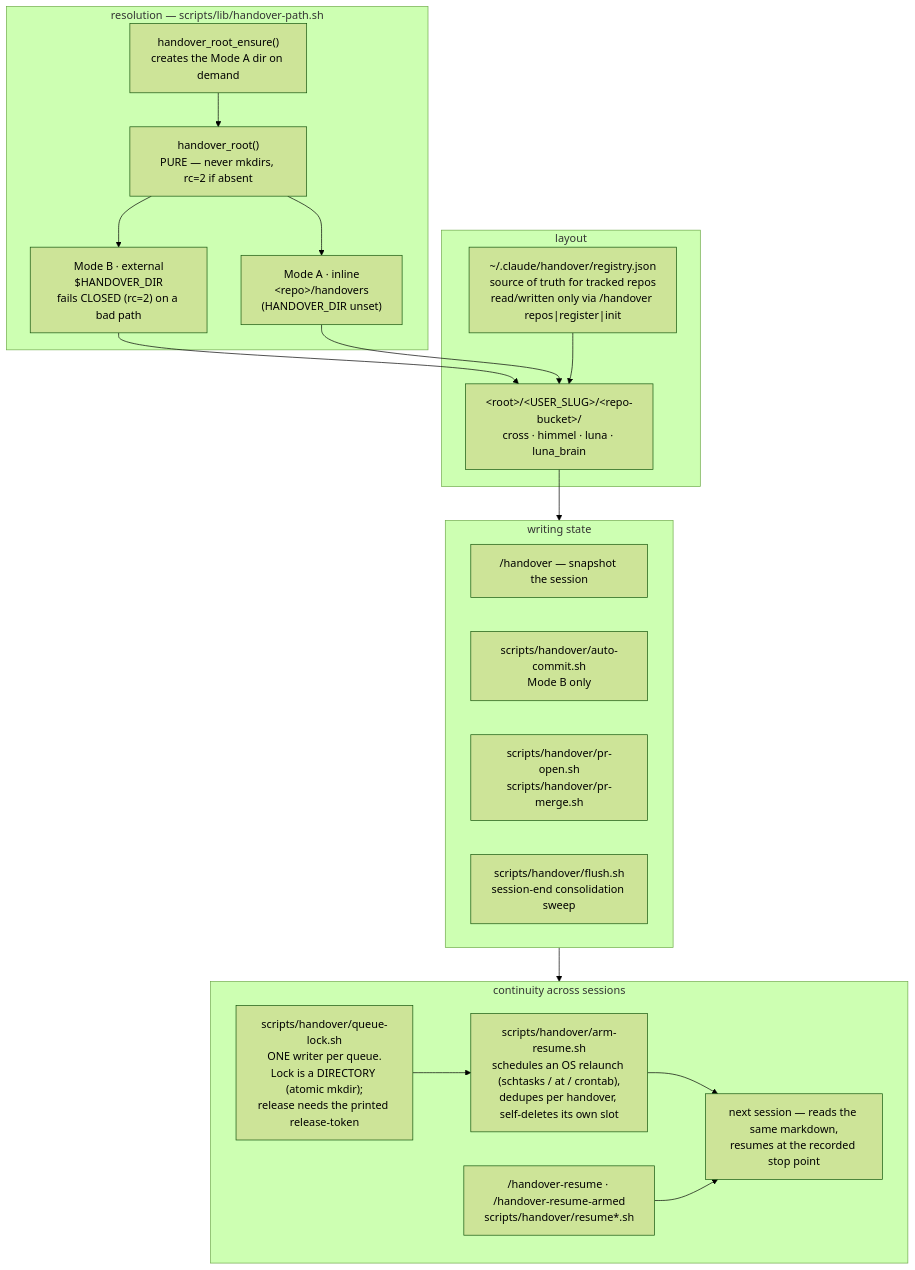
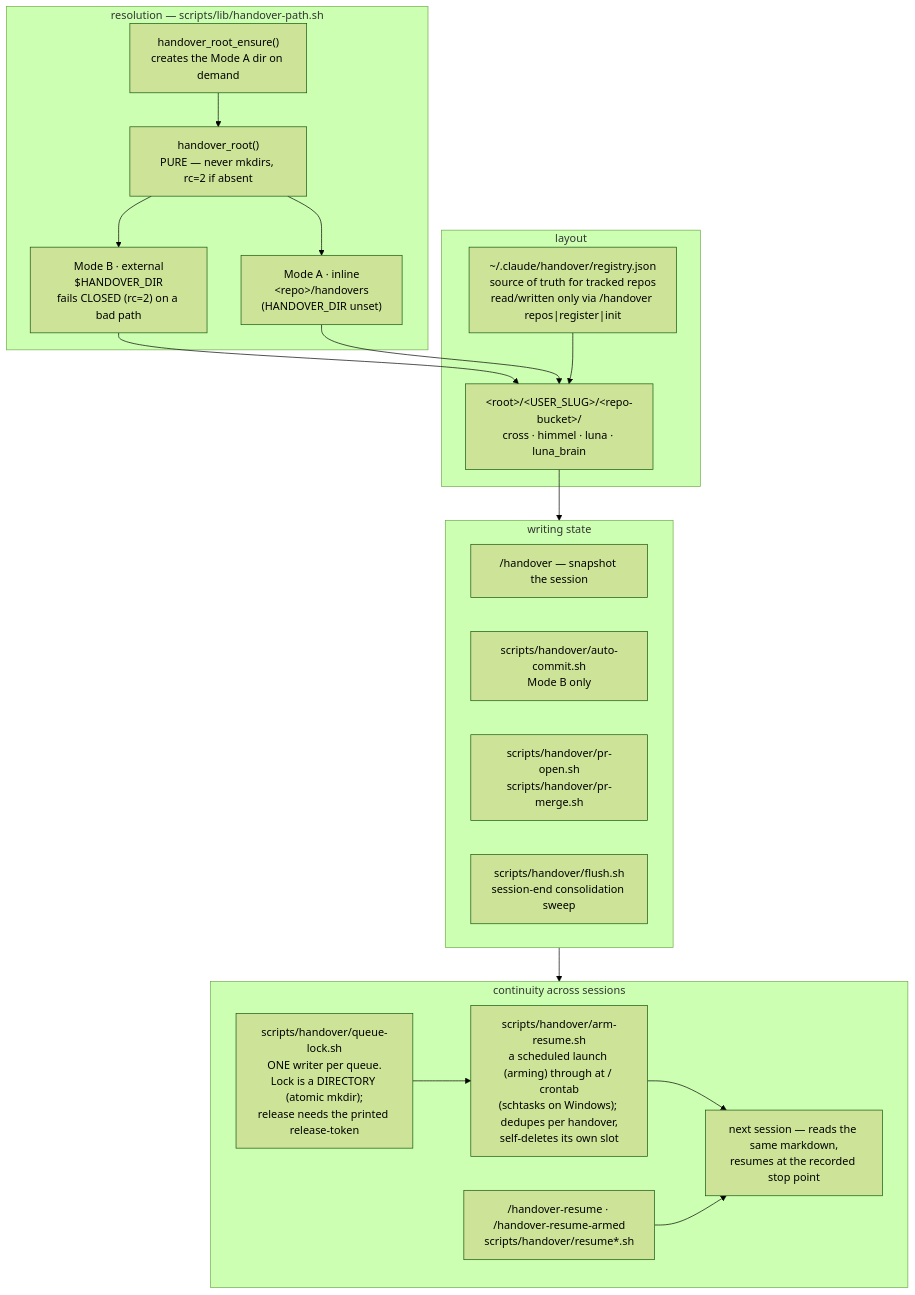
One commit to Goomal/Himmel changed the second of 5 diagrams in docs/architecture.md. Above: the diagram before and after it, drawn with Mermaid (forest theme). The commit also changed other lines of this file and 3 other files, not shown here.

````diff
--- a/docs/architecture.md
+++ b/docs/architecture.md
@@ -99,39 +122,39 @@
 ```mermaid
 flowchart TD
     subgraph R["resolution — scripts/lib/handover-path.sh"]
         HR["handover_root()<br/>PURE — never mkdirs, rc=2 if absent"]
         HRE["handover_root_ensure()<br/>creates the Mode A dir on demand"]
         MA["Mode A · inline<br/>&lt;repo&gt;/handovers<br/>(HANDOVER_DIR unset)"]
         MB["Mode B · external<br/>$HANDOVER_DIR<br/>fails CLOSED (rc=2) on a bad path"]
         HR --> MA
         HR --> MB
         HRE --> HR
     end
 
     subgraph L["layout"]
         BUCKET["&lt;root&gt;/&lt;USER_SLUG&gt;/&lt;repo-bucket&gt;/<br/>cross · himmel · luna · luna_brain"]
         REG["~/.claude/handover/registry.json<br/>source of truth for tracked repos<br/>read/written only via /handover repos|register|init"]
     end
 
     subgraph W["writing state"]
         CMD["/handover — snapshot the session"]
         AC["scripts/handover/auto-commit.sh<br/>Mode B only"]
         PO["scripts/handover/pr-open.sh<br/>scripts/handover/pr-merge.sh"]
         FL["scripts/handover/flush.sh<br/>session-end consolidation sweep"]
     end
 
     subgraph C["continuity across sessions"]
         QL["scripts/handover/queue-lock.sh<br/>ONE writer per queue.<br/>Lock is a DIRECTORY (atomic mkdir);<br/>release needs the printed release-token"]
-        AR["scripts/handover/arm-resume.sh<br/>schedules an OS relaunch (schtasks / at / crontab),<br/>dedupes per handover, self-deletes its own slot"]
+        AR["scripts/handover/arm-resume.sh<br/>a scheduled launch (arming) through at / crontab<br/>(schtasks on Windows); dedupes per handover,<br/>self-deletes its own slot"]
         RES["/handover-resume · /handover-resume-armed<br/>scripts/handover/resume*.sh"]
         NEXT["next session — reads the same markdown,<br/>resumes at the recorded stop point"]
         QL --> AR --> NEXT
         RES --> NEXT
     end
 
     MB --> BUCKET
     MA --> BUCKET
     REG --> BUCKET
     BUCKET --> W
     W --> C
 ```
````
